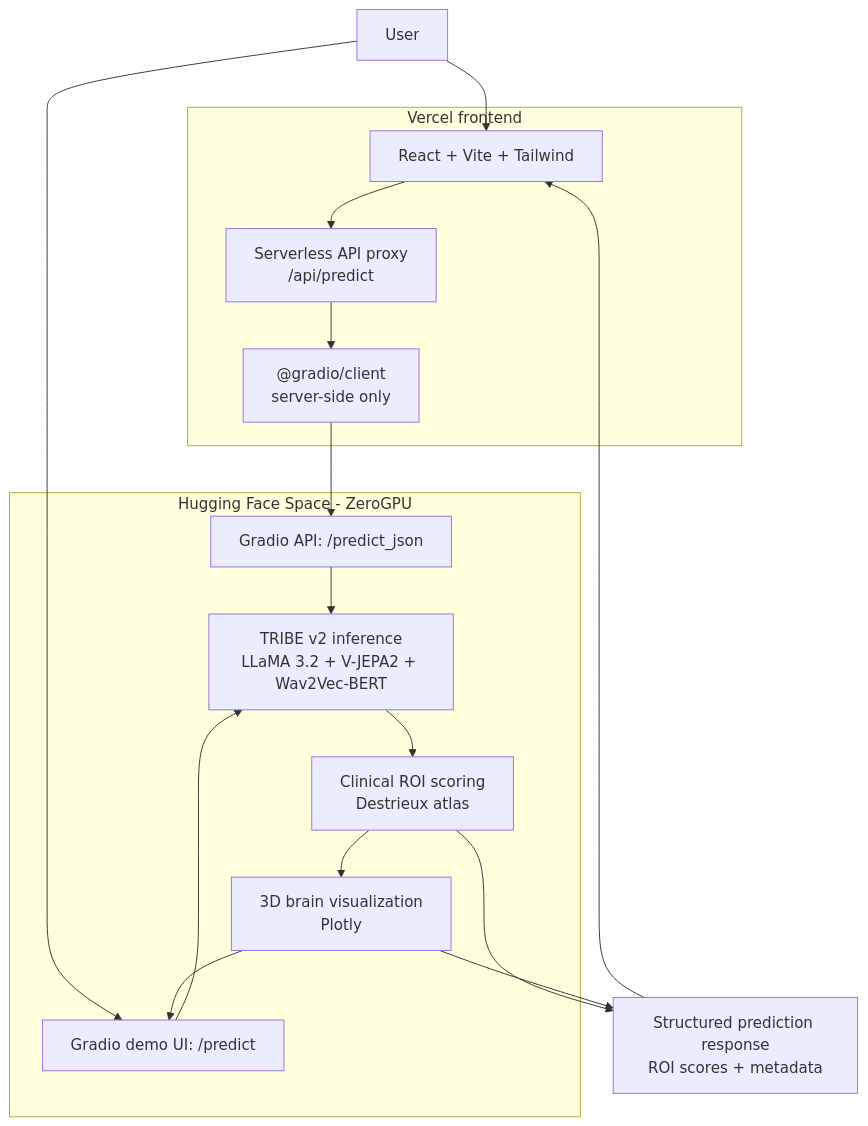
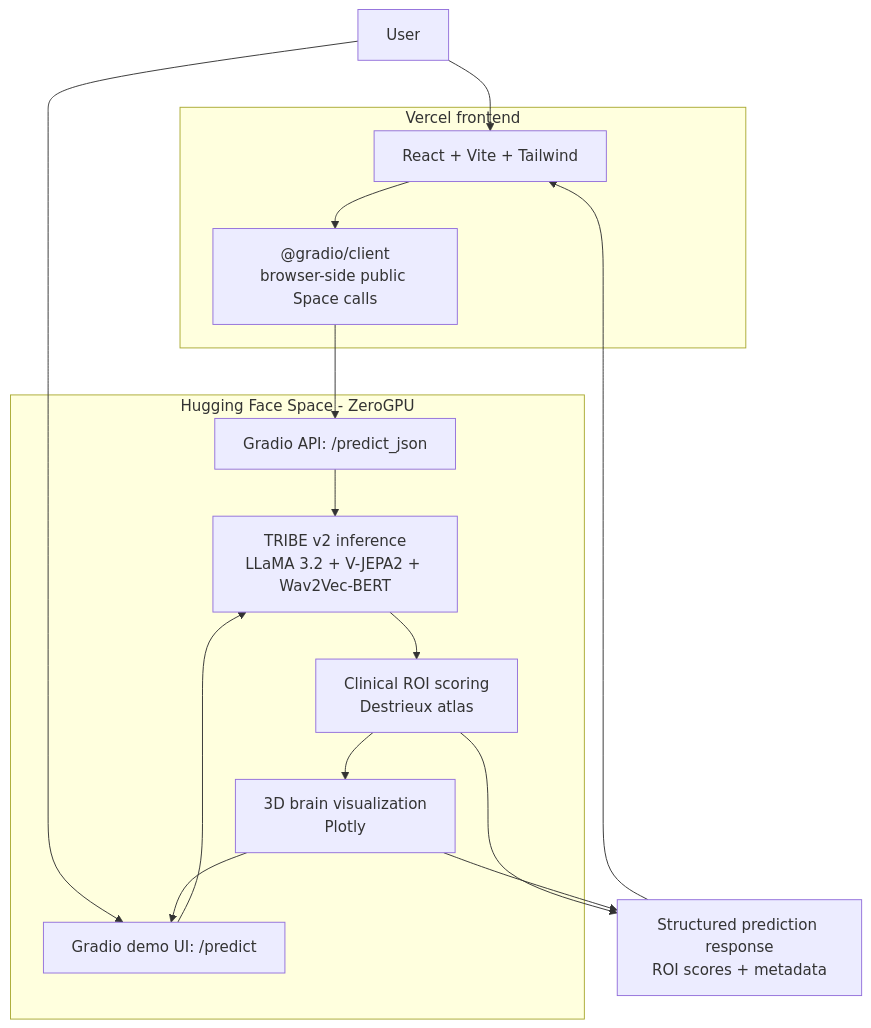
Before and after one commit to rohany395/neuro-cue: the diagram in README.md, drawn with Mermaid. The commit also changed other lines of this file and 11 other files, not shown here.

Commit message:
Disable token-backed predict proxy

````diff
--- a/README.md
+++ b/README.md
@@ -40,32 +40,30 @@
 ```mermaid
 flowchart TD
   User["User"]
 
   subgraph Vercel["Vercel frontend"]
     React["React + Vite + Tailwind"]
-    Proxy["Serverless API proxy<br/>/api/predict"]
-    Client["@gradio/client<br/>server-side only"]
-    React --> Proxy
-    Proxy --> Client
+    Client["@gradio/client<br/>browser-side public Space calls"]
+    React --> Client
   end
 
   subgraph Space["Hugging Face Space - ZeroGPU"]
     API["Gradio API: /predict_json"]
     Gradio["Gradio demo UI: /predict"]
     Inference["TRIBE v2 inference<br/>LLaMA 3.2 + V-JEPA2 + Wav2Vec-BERT"]
     ROI["Clinical ROI scoring<br/>Destrieux atlas"]
     Brain["3D brain visualization<br/>Plotly"]
   end
 
   User --> React
   User --> Gradio
   Client --> API
   API --> Inference
   Gradio --> Inference
   Inference --> ROI
   ROI --> Response["Structured prediction response<br/>ROI scores + metadata"]
   ROI --> Brain
   Brain --> Response
   Response --> React
   Brain --> Gradio
 ```
````
